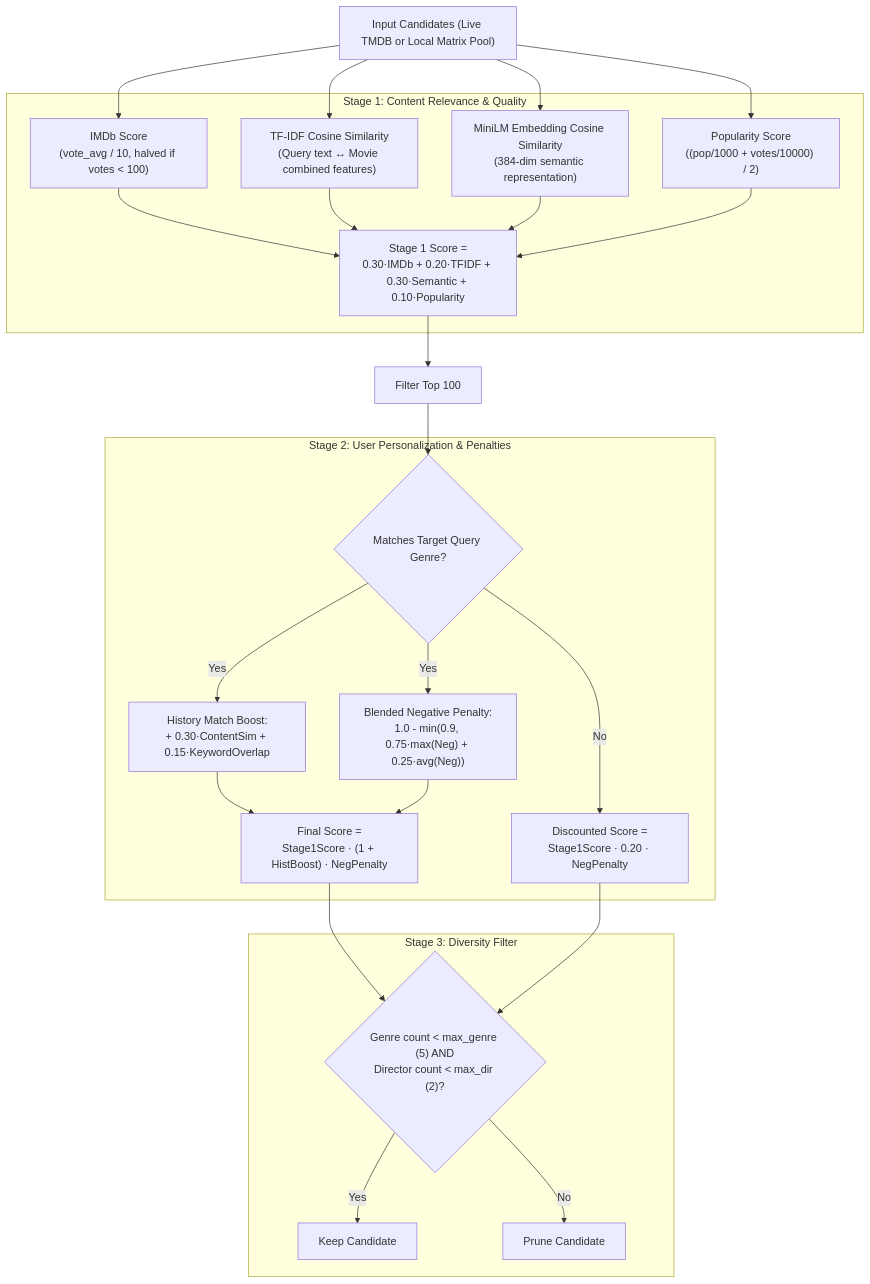
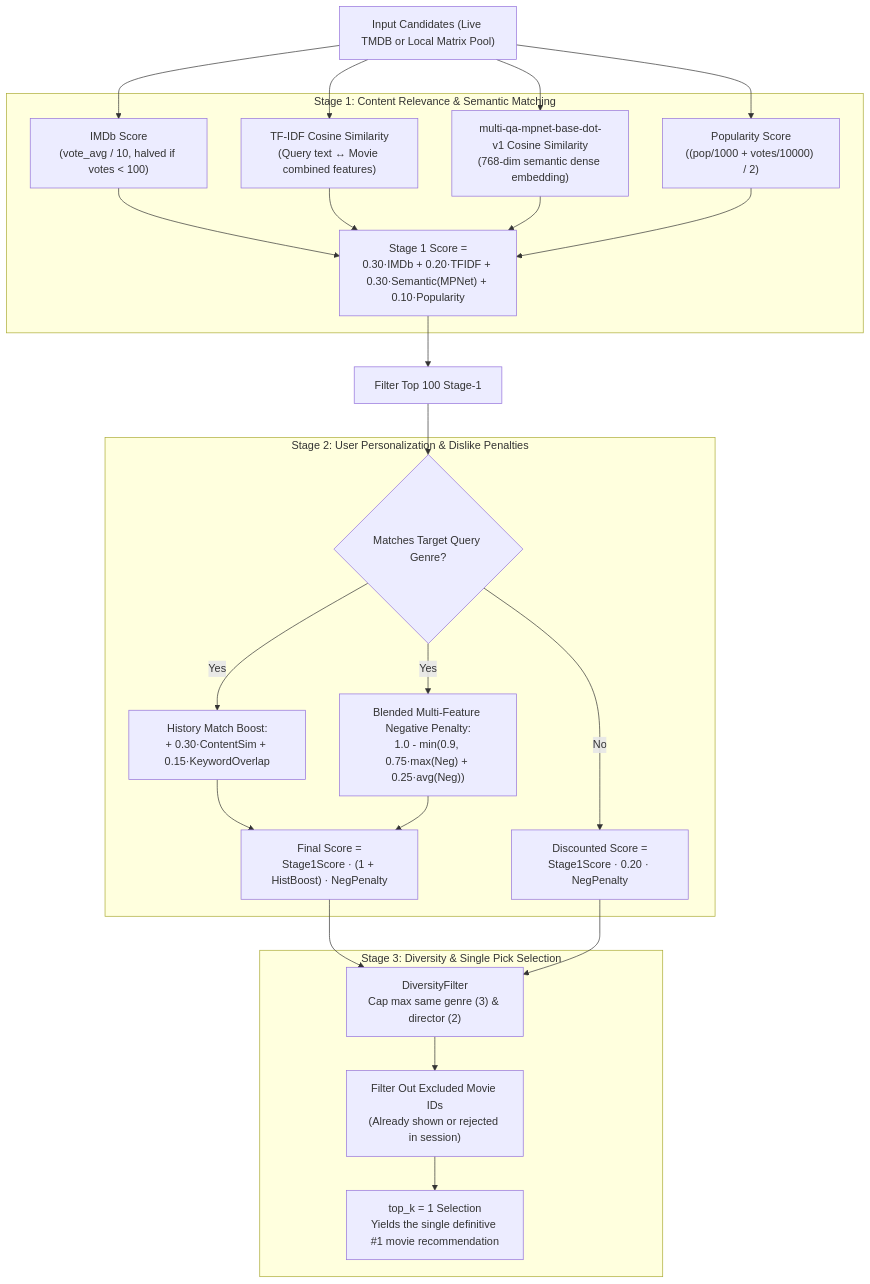
One commit to LiliesInLakes/techquest changed the third of 4 diagrams in ARCHITECTURE.md. Above: the diagram before and after it, drawn with Mermaid. The commit also changed other lines of this file and 15 other files, not shown here.

````diff
--- a/ARCHITECTURE.md
+++ b/ARCHITECTURE.md
@@ -177,40 +201,40 @@
 ```mermaid
 flowchart TD
     Candidates["Input Candidates (Live TMDB or Local Matrix Pool)"]
 
-    subgraph Stage1Calc ["Stage 1: Content Relevance & Quality"]
+    subgraph Stage1Calc ["Stage 1: Content Relevance & Semantic Matching"]
         IMDb["IMDb Score\n(vote_avg / 10, halved if votes < 100)"]
         TFIDF["TF-IDF Cosine Similarity\n(Query text ↔ Movie combined features)"]
-        Semantic["MiniLM Embedding Cosine Similarity\n(384-dim semantic representation)"]
+        MPNet["multi-qa-mpnet-base-dot-v1 Cosine Similarity\n(768-dim semantic dense embedding)"]
         Pop["Popularity Score\n((pop/1000 + votes/10000) / 2)"]
         
-        S1Score["Stage 1 Score =\n0.30·IMDb + 0.20·TFIDF + 0.30·Semantic + 0.10·Popularity"]
+        S1Score["Stage 1 Score =\n0.30·IMDb + 0.20·TFIDF + 0.30·Semantic(MPNet) + 0.10·Popularity"]
     end
 
-    subgraph Stage2Calc ["Stage 2: User Personalization & Penalties"]
+    subgraph Stage2Calc ["Stage 2: User Personalization & Dislike Penalties"]
         HistBoost["History Match Boost:\n+ 0.30·ContentSim + 0.15·KeywordOverlap"]
-        NegPenalty["Blended Negative Penalty:\n1.0 - min(0.9, 0.75·max(Neg) + 0.25·avg(Neg))"]
+        NegPenalty["Blended Multi-Feature Negative Penalty:\n1.0 - min(0.9, 0.75·max(Neg) + 0.25·avg(Neg))"]
         GenreGate{"Matches Target Query Genre?"}
         
         S2Score["Final Score =\nStage1Score · (1 + HistBoost) · NegPenalty"]
         DiscountScore["Discounted Score =\nStage1Score · 0.20 · NegPenalty"]
     end
 
-    subgraph Diversity ["Stage 3: Diversity Filter"]
-        CapCheck{"Genre count < max_genre (5) AND\nDirector count < max_dir (2)?"}
-        Accept["Keep Candidate"]
-        Reject["Prune Candidate"]
+    subgraph SelectionStage ["Stage 3: Diversity & Single Pick Selection"]
+        DiversityCheck["DiversityFilter\nCap max same genre (3) & director (2)"]
+        SessionExclude["Filter Out Excluded Movie IDs\n(Already shown or rejected in session)"]
+        SingleTopPick["top_k = 1 Selection\nYields the single definitive #1 movie recommendation"]
     end
 
-    Candidates --> IMDb & TFIDF & Semantic & Pop
-    IMDb & TFIDF & Semantic & Pop --> S1Score
-    S1Score --> Top100Candidates["Filter Top 100"]
+    Candidates --> IMDb & TFIDF & MPNet & Pop
+    IMDb & TFIDF & MPNet & Pop --> S1Score
+    S1Score --> Top100Candidates["Filter Top 100 Stage-1"]
     
     Top100Candidates --> GenreGate
     GenreGate -- Yes --> HistBoost & NegPenalty --> S2Score
     GenreGate -- No --> DiscountScore
     
-    S2Score & DiscountScore --> CapCheck
-    CapCheck -- Yes --> Accept
-    CapCheck -- No --> Reject
+    S2Score & DiscountScore --> DiversityCheck
+    DiversityCheck --> SessionExclude
+    SessionExclude --> SingleTopPick
 ```
````
